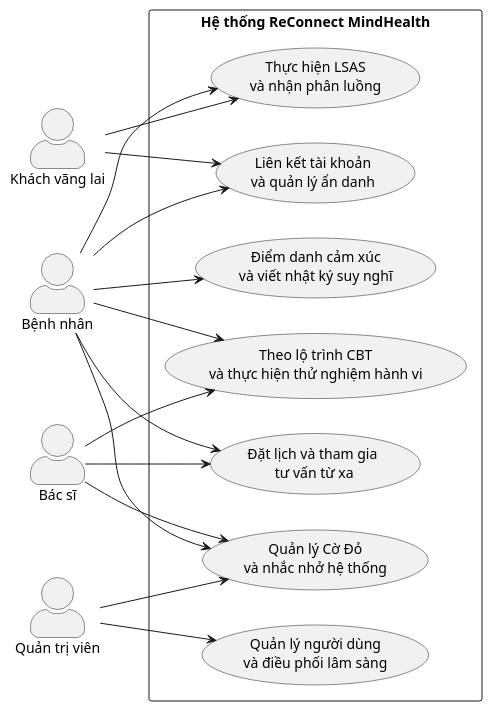
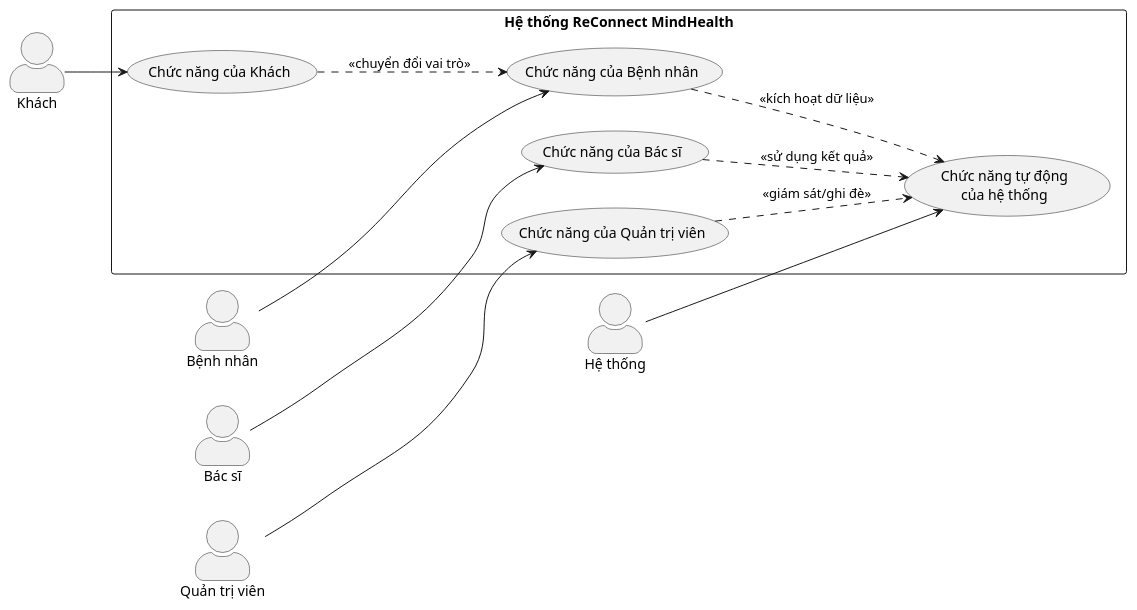
The diagram in docs/diagrams/Usecase/usecase_overview.puml (phuongtech24/do_an), drawn with PlantUML before and after one commit. The commit also changed 5 other files, not shown here.

```diff
--- a/docs/diagrams/Usecase/usecase_overview.puml
+++ b/docs/diagrams/Usecase/usecase_overview.puml
@@ -1,39 +1,31 @@
 @startuml
 left to right direction
 skinparam packageStyle rectangle
 skinparam actorStyle awesome
 skinparam defaultFontName Arial
 
-actor "Khách vãng lai" as Guest
+actor "Khách" as Guest
 actor "Bệnh nhân" as Patient
+actor "Bác sĩ" as Therapist
+actor "Quản trị viên" as Admin
+actor "Hệ thống" as System
 
 rectangle "Hệ thống ReConnect MindHealth" {
-  usecase "Liên kết tài khoản\nvà quản lý ẩn danh" as UC1
-  usecase "Thực hiện LSAS\nvà nhận phân luồng" as UC2
-  usecase "Theo lộ trình CBT\nvà thực hiện thử nghiệm hành vi" as UC3
-  usecase "Điểm danh cảm xúc\nvà viết nhật ký suy nghĩ" as UC4
-  usecase "Đặt lịch và tham gia\n tư vấn từ xa" as UC5
-  usecase "Quản lý người dùng\nvà điều phối lâm sàng" as UC6
-  usecase "Quản lý Cờ Đỏ\nvà nhắc nhở hệ thống" as UC7
+  usecase "Chức năng của Khách" as UC_Guest
+  usecase "Chức năng của Bệnh nhân" as UC_Patient
+  usecase "Chức năng của Bác sĩ" as UC_Therapist
+  usecase "Chức năng của Quản trị viên" as UC_Admin
+  usecase "Chức năng tự động\ncủa hệ thống" as UC_System
 }
 
-actor "Bác sĩ" as Therapist
-actor "Quản trị viên" as Admin
+Guest --> UC_Guest
+Patient --> UC_Patient
+Therapist --> UC_Therapist
+Admin --> UC_Admin
+System --> UC_System
 
-Guest --> UC1
-Guest --> UC2
-
-Patient --> UC1
-Patient --> UC2
-Patient --> UC3
-Patient --> UC4
-Patient --> UC5
-Patient --> UC7
-
-Therapist --> UC3
-Therapist --> UC5
-Therapist --> UC7
-
-Admin --> UC6
-Admin --> UC7
+UC_Guest ..> UC_Patient : <<chuyển đổi vai trò>>
+UC_Patient ..> UC_System : <<kích hoạt dữ liệu>>
+UC_Therapist ..> UC_System : <<sử dụng kết quả>>
+UC_Admin ..> UC_System : <<giám sát/ghi đè>>
 @enduml
```
